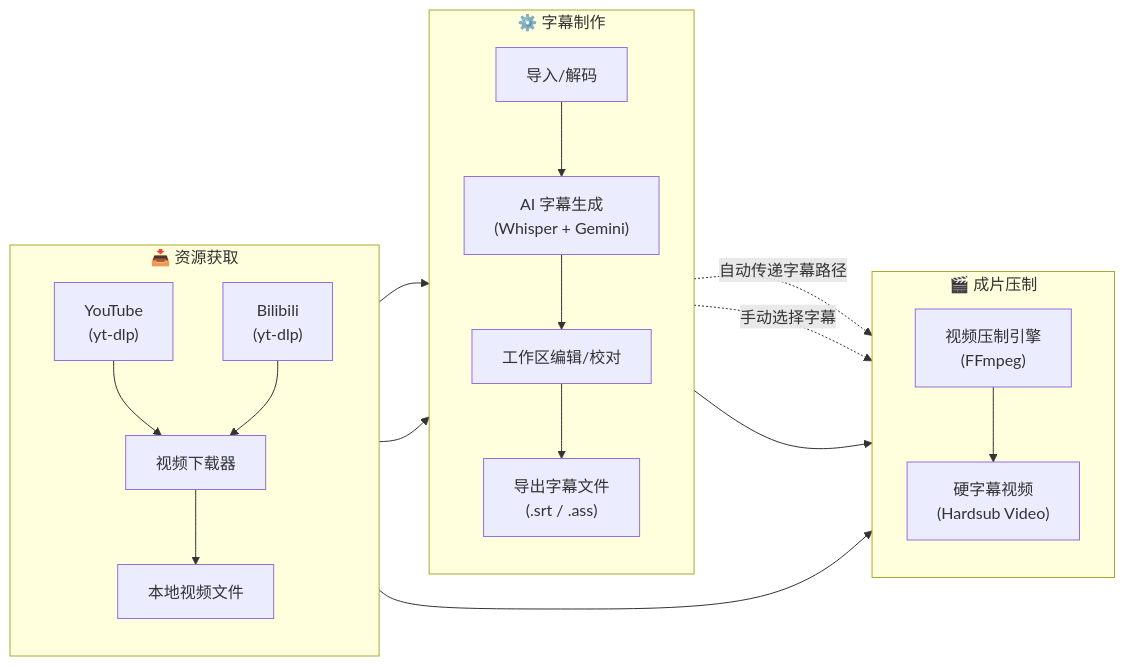
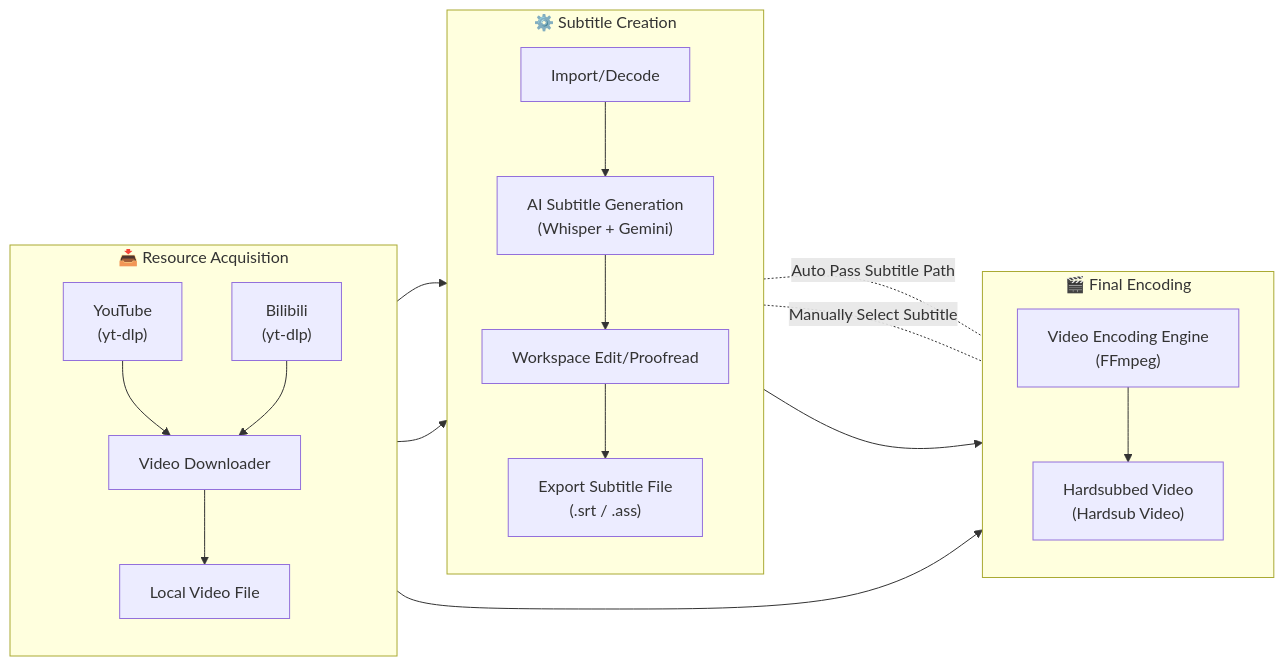
Before and after one commit to corvo007/MioSub: the ninth of 14 diagrams in docs/ARCHITECTURE.md, drawn with Mermaid. The commit also changed other lines of this file and 3 other files, not shown here.

First line of the commit message:
docs: add bilingual README and ARCHITECTURE documentation

````diff
--- a/docs/ARCHITECTURE.md
+++ b/docs/ARCHITECTURE.md
@@ -675,34 +677,34 @@
 ```mermaid
 flowchart LR
-    subgraph DOWNLOAD["📥 资源获取"]
+    subgraph DOWNLOAD["📥 Resource Acquisition"]
         direction TB
         YTB["YouTube<br/>(yt-dlp)"]
         BILI["Bilibili<br/>(yt-dlp)"]
-        LOCAL_FILE["本地视频文件"]
+        LOCAL_FILE["Local Video File"]
 
-        YTB --> DOWNLOADER["视频下载器"]
+        YTB --> DOWNLOADER["Video Downloader"]
         BILI --> DOWNLOADER
         DOWNLOADER --> LOCAL_FILE
     end
 
-    subgraph PROCESS["⚙️ 字幕制作"]
+    subgraph PROCESS["⚙️ Subtitle Creation"]
         direction TB
-        LOCAL_FILE --> IMPORT["导入/解码"]
-        IMPORT --> GEN["AI 字幕生成<br/>(Whisper + Gemini)"]
-        GEN --> EDIT["工作区编辑/校对"]
+        LOCAL_FILE --> IMPORT["Import/Decode"]
+        IMPORT --> GEN["AI Subtitle Generation<br/>(Whisper + Gemini)"]
+        GEN --> EDIT["Workspace Edit/Proofread"]
 
-        EDIT --> SRT_ASS["导出字幕文件<br/>(.srt / .ass)"]
+        EDIT --> SRT_ASS["Export Subtitle File<br/>(.srt / .ass)"]
     end
 
-    subgraph COMPRESS["🎬 成片压制"]
+    subgraph COMPRESS["🎬 Final Encoding"]
         direction TB
-        LOCAL_FILE --> COMPRESSOR["视频压制引擎<br/>(FFmpeg)"]
-        EDIT -.->|"自动传递字幕路径"| COMPRESSOR
-        SRT_ASS -.->|"手动选择字幕"| COMPRESSOR
+        LOCAL_FILE --> COMPRESSOR["Video Encoding Engine<br/>(FFmpeg)"]
+        EDIT -.-|"Auto Pass Subtitle Path"| COMPRESSOR
+        SRT_ASS -.-|"Manually Select Subtitle"| COMPRESSOR
 
-        COMPRESSOR --> OUTPUT["硬字幕视频<br/>(Hardsub Video)"]
+        COMPRESSOR --> OUTPUT["Hardsubbed Video<br/>(Hardsub Video)"]
     end
 
     DOWNLOAD --> PROCESS
     PROCESS --> COMPRESS
 ```
````
